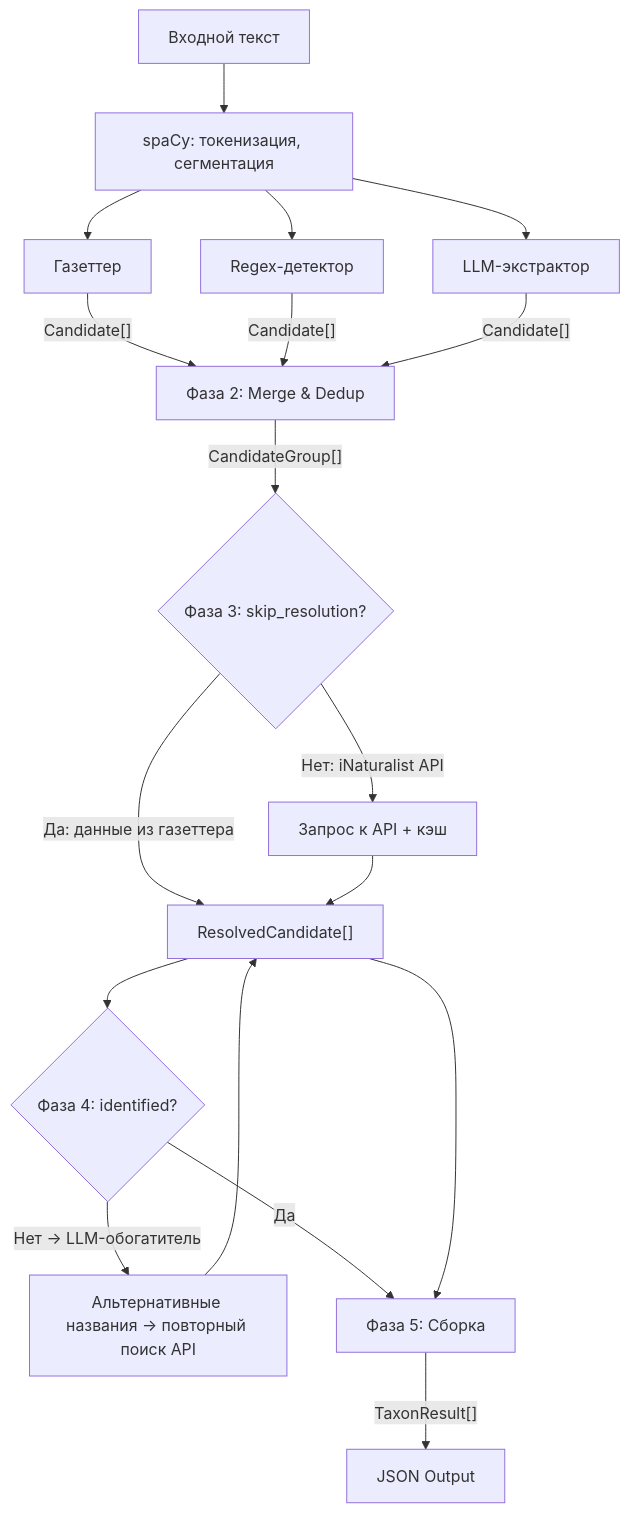
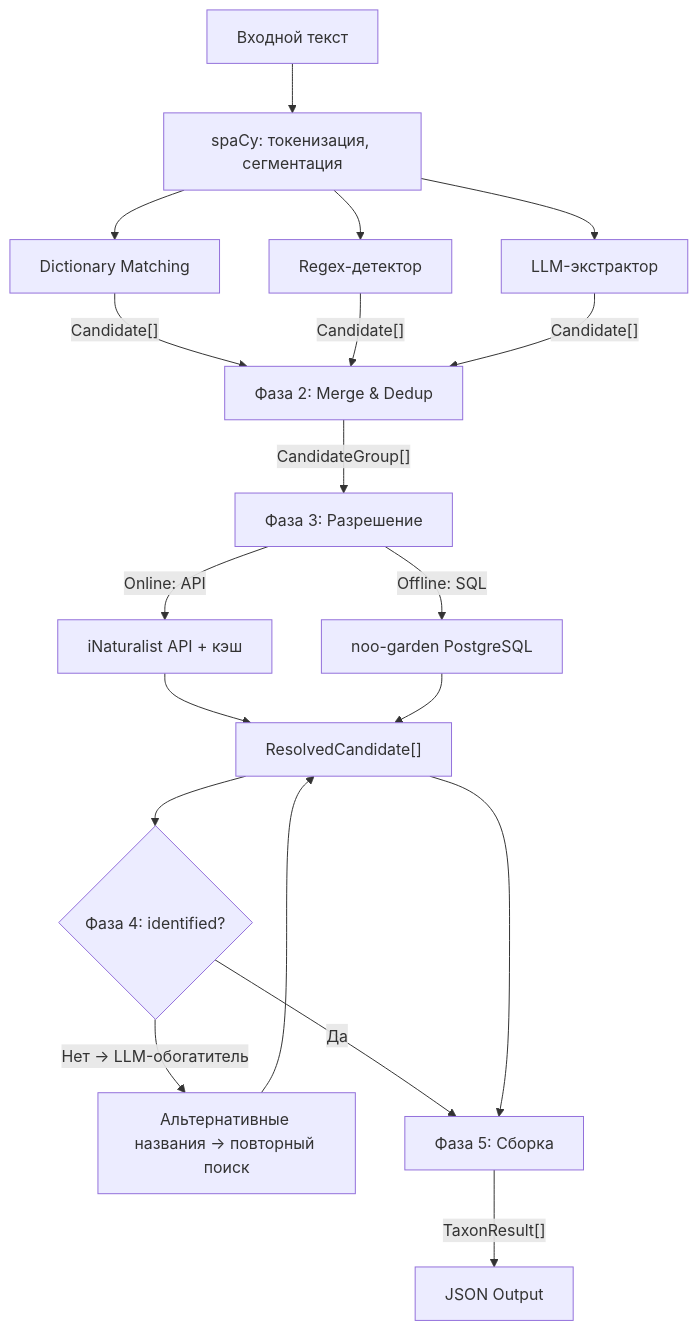
The first of 2 diagrams in docs/models.md (baidakovil/taxonfinder), drawn with Mermaid before and after one commit. The commit also changed other lines of this file and 5 other files, not shown here.

Commit message:
Plan for Noo Garden connection

````diff
--- a/docs/models.md
+++ b/docs/models.md
@@ -12,26 +12,27 @@
 ```mermaid
 flowchart TD
     A["Входной текст"] --> B["spaCy: токенизация, сегментация"]
 
-    B --> C1["Газеттер"]
+    B --> C1["Dictionary Matching"]
     B --> C2["Regex-детектор"]
     B --> C3["LLM-экстрактор"]
 
     C1 --> |"Candidate[]"| D["Фаза 2: Merge & Dedup"]
     C2 --> |"Candidate[]"| D
     C3 --> |"Candidate[]"| D
 
-    D --> |"CandidateGroup[]"| E{"Фаза 3: skip_resolution?"}
+    D --> |"CandidateGroup[]"| E["Фаза 3: Разрешение"]
 
-    E --> |"Да: данные из газеттера"| G["ResolvedCandidate[]"]
-    E --> |"Нет: iNaturalist API"| F["Запрос к API + кэш"]
-    F --> G
+    E --> |"Online: API"| F1["iNaturalist API + кэш"]
+    E --> |"Offline: SQL"| F2["noo-garden PostgreSQL"]
+    F1 --> G["ResolvedCandidate[]"]
+    F2 --> G
 
     G --> H{"Фаза 4: identified?"}
-    H --> |"Нет → LLM-обогатитель"| I["Альтернативные названия → повторный поиск API"]
+    H --> |"Нет → LLM-обогатитель"| I["Альтернативные названия → повторный поиск"]
     I --> G
     H --> |"Да"| J["Фаза 5: Сборка"]
     G --> J
 
     J --> |"TaxonResult[]"| K["JSON Output"]
 ```
````
